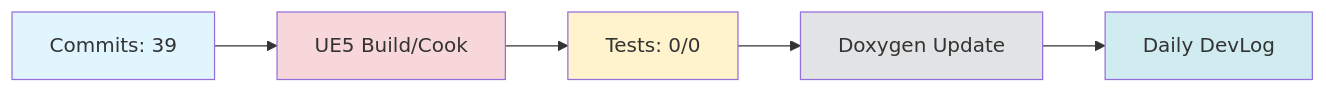
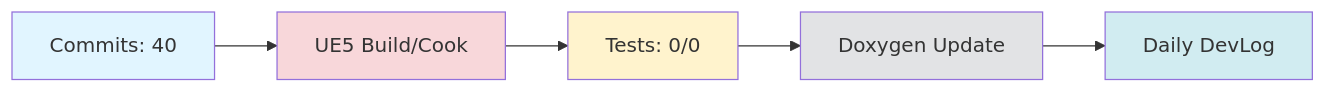
One commit to doppleddiggong/Onepiece changed the diagram in Documents/DevLog/Daily/2025-11-13.md. Above: the diagram before and after it, drawn with Mermaid. The commit also changed other lines of this file and 1 other file, not shown here.

````diff
--- a/Documents/DevLog/Daily/2025-11-13.md
+++ b/Documents/DevLog/Daily/2025-11-13.md
@@ -107,13 +107,13 @@
 ```mermaid
 flowchart LR
-  Dev[Commits: 39] --> Build[UE5 Build/Cook]
+  Dev[Commits: 40] --> Build[UE5 Build/Cook]
   Build --> Test[Tests: 0/0]
   Test --> Doc[Doxygen Update]
   Doc --> Daily[Daily DevLog]
 
   style Dev fill:#e1f5ff
   style Build fill:#f8d7da
   style Test fill:#fff3cd
   style Doc fill:#e2e3e5
   style Daily fill:#d1ecf1
 ```
````
